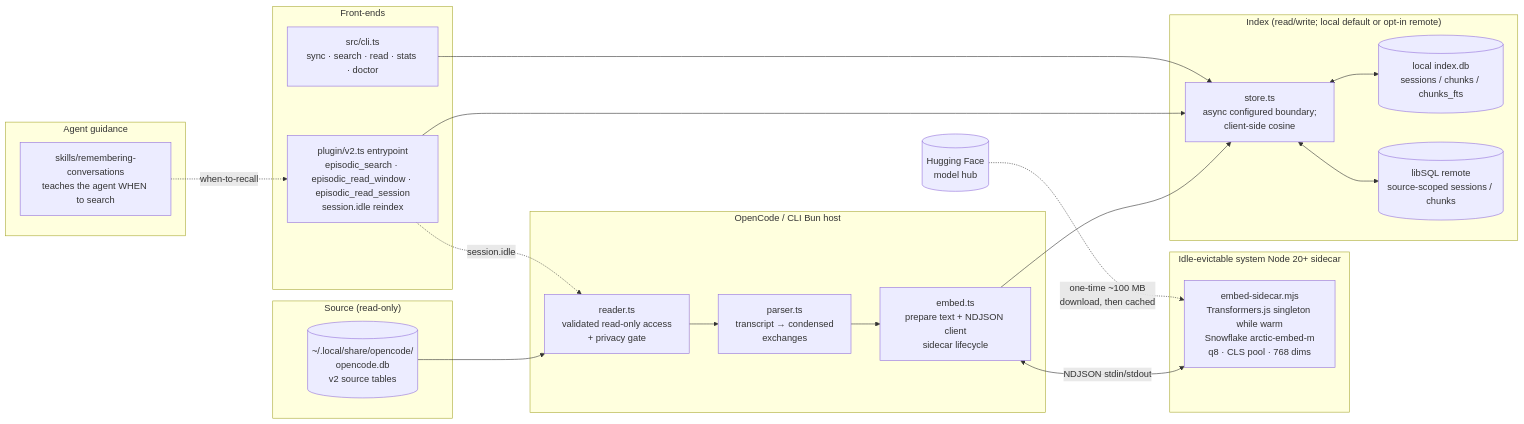
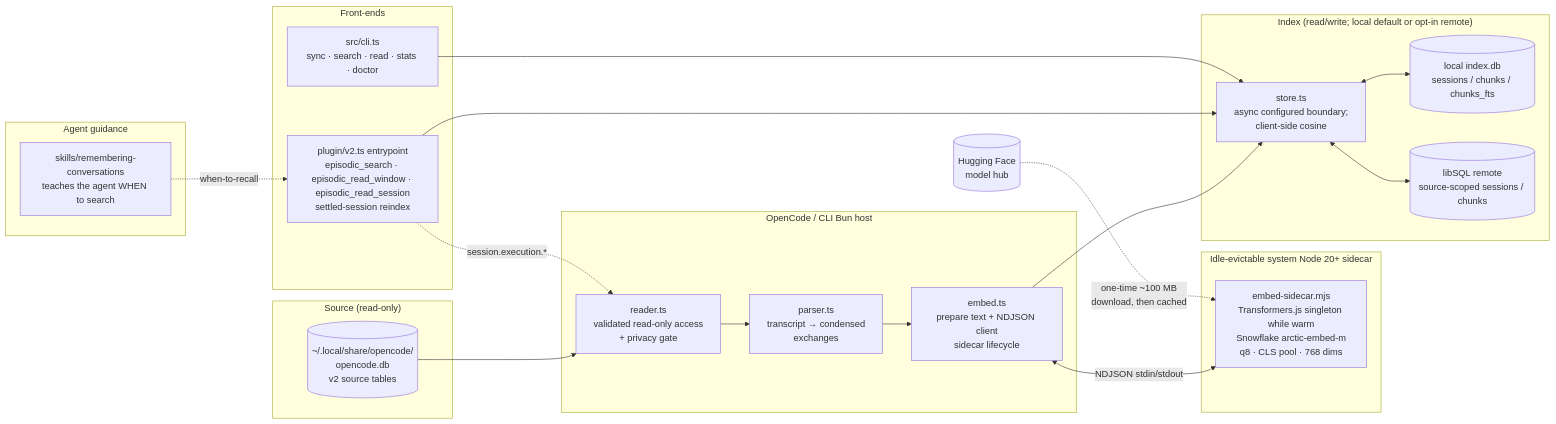
Before and after one commit to robertn702/opencode-episodic-memory: the first of 3 diagrams in ARCHITECTURE.md, drawn with Mermaid. The commit also changed other lines of this file and 10 other files, not shown here.

First line of the commit message:
fix: reindex on OpenCode v2 execution events and log to OpenCode's log file

````diff
--- a/ARCHITECTURE.md
+++ b/ARCHITECTURE.md
@@ -19,43 +19,43 @@
 ```mermaid
 flowchart LR
     subgraph Source["Source (read-only)"]
         OCDB[("~/.local/share/opencode/<br/>opencode.db<br/>v2 source tables")]
     end
 
     subgraph BunHost["OpenCode / CLI Bun host"]
         R[reader.ts<br/>validated read-only access<br/>+ privacy gate]
         P[parser.ts<br/>transcript → condensed<br/>exchanges]
         E[embed.ts<br/>prepare text + NDJSON client<br/>sidecar lifecycle]
     end
 
     subgraph NodeSidecar["Idle-evictable system Node 20+ sidecar"]
         ES[embed-sidecar.mjs<br/>Transformers.js singleton while warm<br/>Snowflake arctic-embed-m<br/>q8 · CLS pool · 768 dims]
     end
 
     subgraph Index["Index (read/write; local default or opt-in remote)"]
         IDB[("local index.db<br/>sessions / chunks / chunks_fts")]
         RDB[("libSQL remote<br/>source-scoped sessions / chunks")]
         S[store.ts<br/>async configured boundary;<br/>client-side cosine]
     end
 
     subgraph Frontends["Front-ends"]
-        PLG[plugin/v2.ts entrypoint<br/>episodic_search · episodic_read_window · episodic_read_session<br/>session.idle reindex]
+        PLG[plugin/v2.ts entrypoint<br/>episodic_search · episodic_read_window · episodic_read_session<br/>settled-session reindex]
         CLI[src/cli.ts<br/>sync · search · read · stats · doctor]
     end
 
     subgraph Skill["Agent guidance"]
         SK[skills/remembering-conversations<br/>teaches the agent WHEN to search]
     end
 
     OCDB --> R --> P --> E
     E <-->|NDJSON stdin/stdout| ES
     E --> S
     S <--> IDB
     S <--> RDB
     PLG --> S
     CLI --> S
-    PLG -.->|session.idle| R
+    PLG -.->|session.execution.*| R
     SK -.when-to-recall.-> PLG
 
     HF[(Hugging Face<br/>model hub)] -.one-time ~100 MB<br/>download, then cached.-> ES
 ```
````
